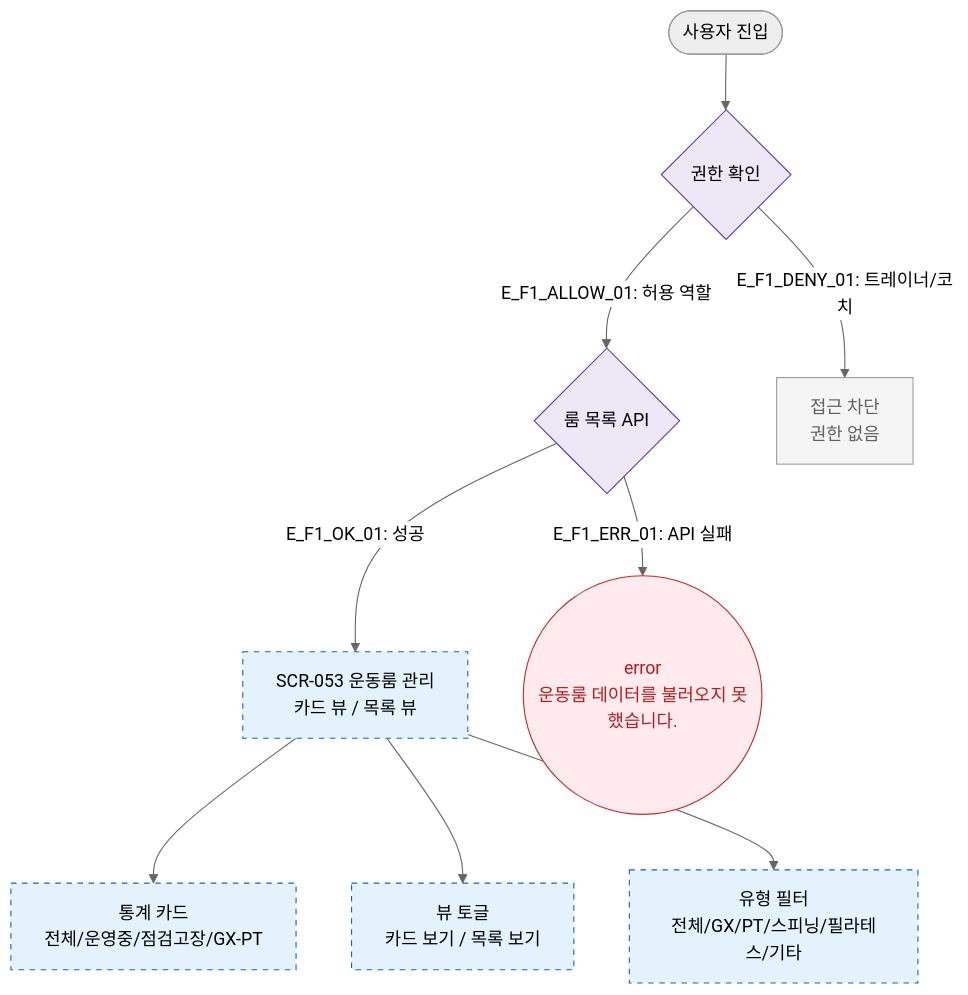
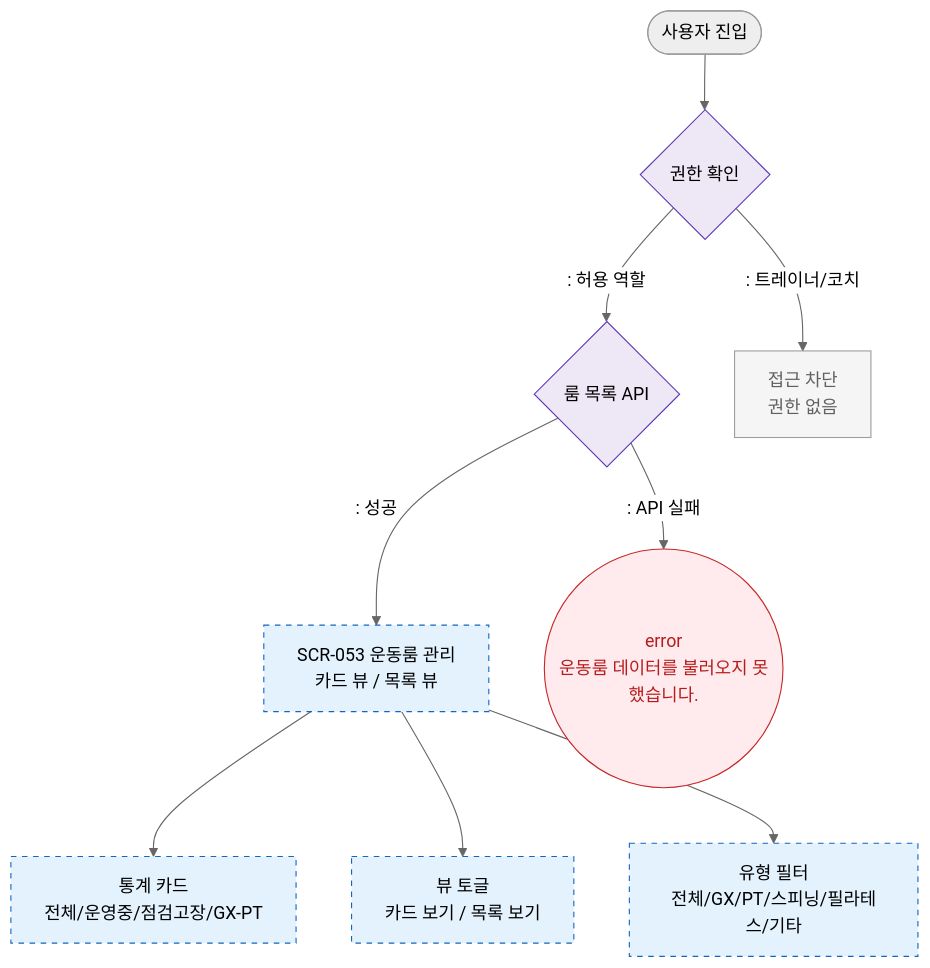
The diagram in docs/다이어그램/D06_시설관리/SCR-053_운동룸관리/F1_진입.md (dev-spogym/admin-pando), drawn with Mermaid (neutral theme) before and after one commit. The commit also changed other lines of this file and 1660 other files, not shown here.

First line of the commit message:
다이어그램: 기획자/클라이언트 납품본으로 정리

````diff
--- a/docs/다이어그램/D06_시설관리/SCR-053_운동룸관리/F1_진입.md
+++ b/docs/다이어그램/D06_시설관리/SCR-053_운동룸관리/F1_진입.md
@@ -16,23 +14,23 @@
 ```mermaid
 flowchart TD
     START([사용자 진입]) --> AuthCheck{권한 확인}
 
-    AuthCheck -->|"E_F1_ALLOW_01: 허용 역할"| LoadAPI{룸 목록 API}
-    AuthCheck -->|"E_F1_DENY_01: 트레이너/코치"| Blocked[접근 차단\n권한 없음]
+    AuthCheck -->|": 허용 역할"|LoadAPI{룸 목록 API}
+    AuthCheck -->|": 트레이너/코치"|Blocked[접근 차단\n권한 없음]
 
-    LoadAPI -->|"E_F1_OK_01: 성공"| SCR_053[SCR-053 운동룸 관리\n카드 뷰 / 목록 뷰]
-    LoadAPI -->|"E_F1_ERR_01: API 실패"| ErrToast((error\n운동룸 데이터를 불러오지 못했습니다.))
+    LoadAPI -->|": 성공"|SCR_053[SCR-053 운동룸 관리\n카드 뷰 / 목록 뷰]
+    LoadAPI -->|": API 실패"|ErrToast((error\n운동룸 데이터를 불러오지 못했습니다.))
 
     SCR_053 --> StatCards[통계 카드\n전체/운영중/점검고장/GX-PT]
     SCR_053 --> ViewToggle[뷰 토글\n카드 보기 / 목록 보기]
     SCR_053 --> TypeFilter[유형 필터\n전체/GX/PT/스피닝/필라테스/기타]
 
     classDef screen fill:#E3F2FD,stroke:#1565C0,stroke-dasharray:5 5
     classDef error fill:#FFEBEE,stroke:#C62828,color:#B71C1C
     classDef rbacBlocked fill:#F5F5F5,stroke:#9E9E9E,color:#616161
     classDef system fill:#EDE7F6,stroke:#5E35B2
     class SCR_053,StatCards,ViewToggle,TypeFilter screen
     class ErrToast error
     class Blocked rbacBlocked
     class AuthCheck,LoadAPI system
 ```
````
